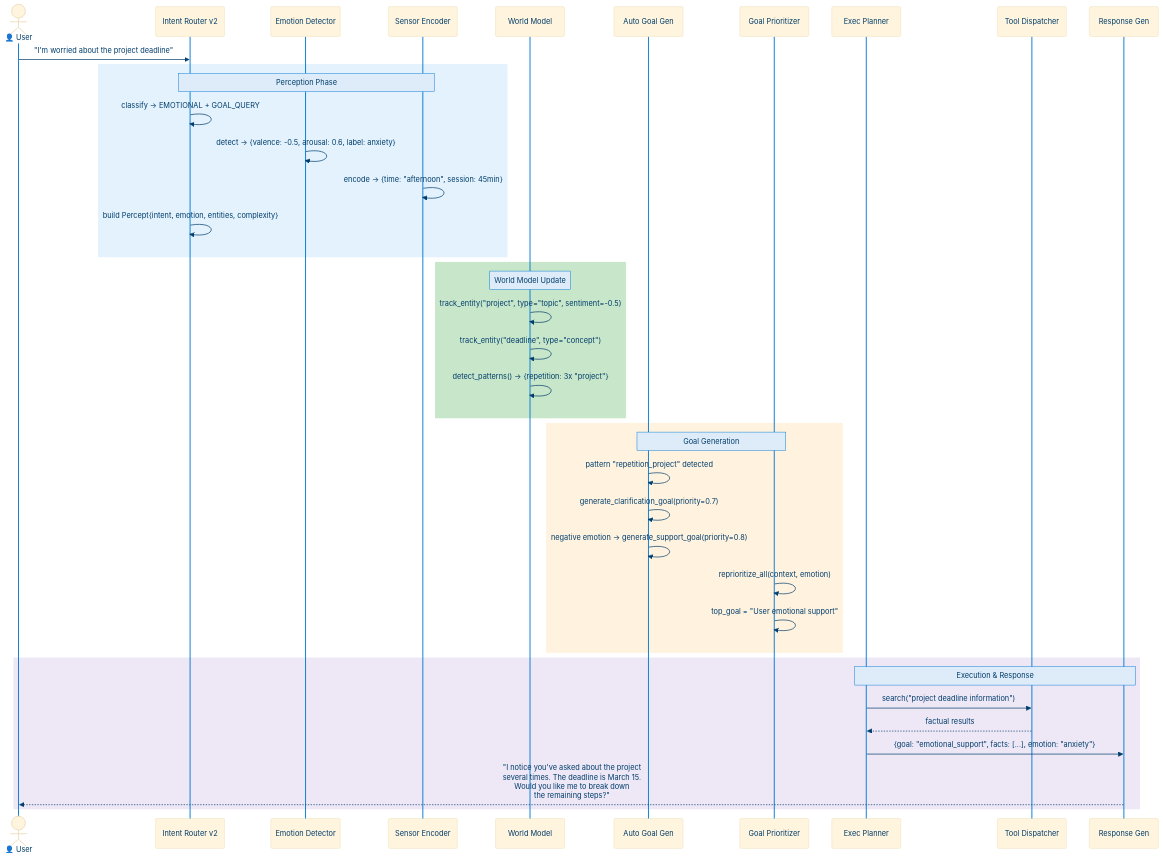
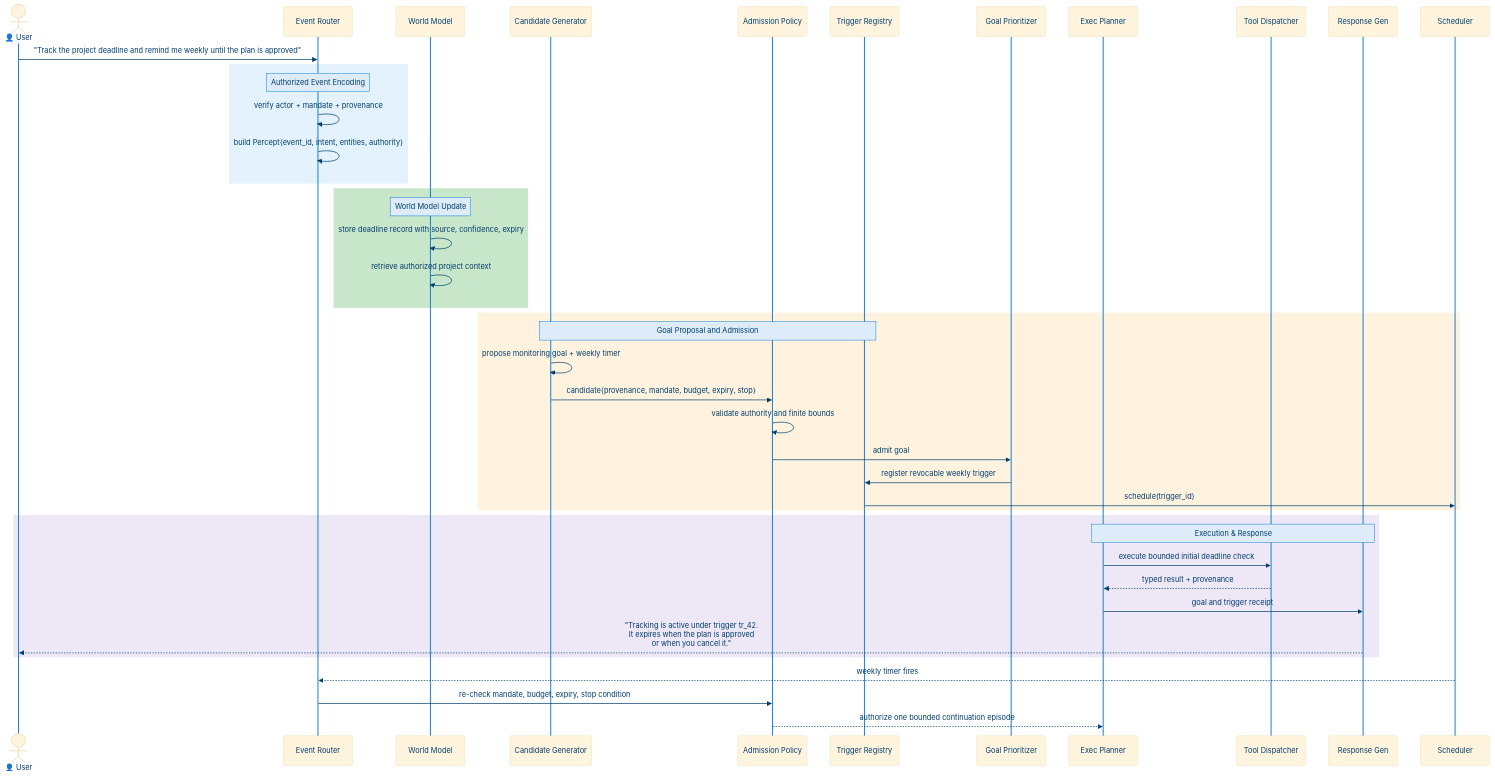
The third of 8 diagrams in docs/levels/Level_2_Autonomous_Agent.md (dotnetpower/mscp), drawn with Mermaid before and after one commit. The commit also changed other lines of this file and 21 other files, not shown here.

````diff
--- a/docs/levels/Level_2_Autonomous_Agent.md
+++ b/docs/levels/Level_2_Autonomous_Agent.md
@@ -373,48 +416,51 @@
 ```mermaid
 %%{init: {'theme': 'base', 'themeVariables': {'actorTextColor': '#003D6B', 'actorLineColor': '#0078D4', 'signalColor': '#003D6B', 'signalTextColor': '#003D6B', 'labelTextColor': '#003D6B', 'loopTextColor': '#003D6B', 'noteBkgColor': '#DEECF9', 'noteTextColor': '#003D6B', 'noteBorderColor': '#0078D4', 'activationBkgColor': '#E1DFDD', 'activationBorderColor': '#605E5C', 'sequenceNumberColor': '#FFF', 'textColor': '#323130', 'fontSize': '14px'}}}%%
 sequenceDiagram
     actor U as 👤 User
-    participant IR as Intent Router v2
-    participant ED as Emotion Detector
-    participant SE as Sensor Encoder
+  participant ER as Event Router
     participant WM as World Model
-    participant AG as Auto Goal Gen
+  participant CG as Candidate Generator
+  participant AP as Admission Policy
+  participant TR as Trigger Registry
     participant GP as Goal Prioritizer
     participant EP as Exec Planner
     participant TD as Tool Dispatcher
     participant RG as Response Gen
+  participant S as Scheduler
 
-    U->>IR: "I'm worried about the project deadline"
+  U->>ER: "Track the project deadline and remind me weekly until the plan is approved"
 
     rect rgb(227, 242, 253)
-        Note over IR,SE: Perception Phase
-        IR->>IR: classify → EMOTIONAL + GOAL_QUERY
-        ED->>ED: detect → {valence: -0.5, arousal: 0.6, label: anxiety}
-        SE->>SE: encode → {time: "afternoon", session: 45min}
-        IR->>IR: build Percept{intent, emotion, entities, complexity}
+    Note over ER: Authorized Event Encoding
+    ER->>ER: verify actor + mandate + provenance
+    ER->>ER: build Percept{event_id, intent, entities, authority}
     end
 
     rect rgb(200, 230, 201)
         Note over WM: World Model Update
-        WM->>WM: track_entity("project", type="topic", sentiment=-0.5)
-        WM->>WM: track_entity("deadline", type="concept")
-        WM->>WM: detect_patterns() → {repetition: 3x "project"}
+    WM->>WM: store deadline record with source, confidence, expiry
+    WM->>WM: retrieve authorized project context
     end
 
     rect rgb(255, 243, 224)
-        Note over AG,GP: Goal Generation
-        AG->>AG: pattern "repetition_project" detected
-        AG->>AG: generate_clarification_goal(priority=0.7)
-        AG->>AG: negative emotion → generate_support_goal(priority=0.8)
-        GP->>GP: reprioritize_all(context, emotion)
-        GP->>GP: top_goal = "User emotional support"
+    Note over CG,TR: Goal Proposal and Admission
+    CG->>CG: propose monitoring goal + weekly timer
+    CG->>AP: candidate{provenance, mandate, budget, expiry, stop}
+    AP->>AP: validate authority and finite bounds
+    AP->>GP: admit goal
+    GP->>TR: register revocable weekly trigger
+    TR->>S: schedule(trigger_id)
     end
 
     rect rgb(237, 231, 246)
         Note over EP,RG: Execution & Response
-        EP->>TD: search("project deadline information")
-        TD-->>EP: factual results
-        EP->>RG: {goal: "emotional_support", facts: [...], emotion: "anxiety"}
-        RG-->>U: "I notice you've asked about the project<br/>several times. The deadline is March 15.<br/>Would you like me to break down<br/>the remaining steps?"
+    EP->>TD: execute bounded initial deadline check
+    TD-->>EP: typed result + provenance
+    EP->>RG: goal and trigger receipt
+    RG-->>U: "Tracking is active under trigger tr_42.<br/>It expires when the plan is approved<br/>or when you cancel it."
     end
+
+  S-->>ER: weekly timer fires
+  ER->>AP: re-check mandate, budget, expiry, stop condition
+  AP-->>EP: authorize one bounded continuation episode
 ```
````
